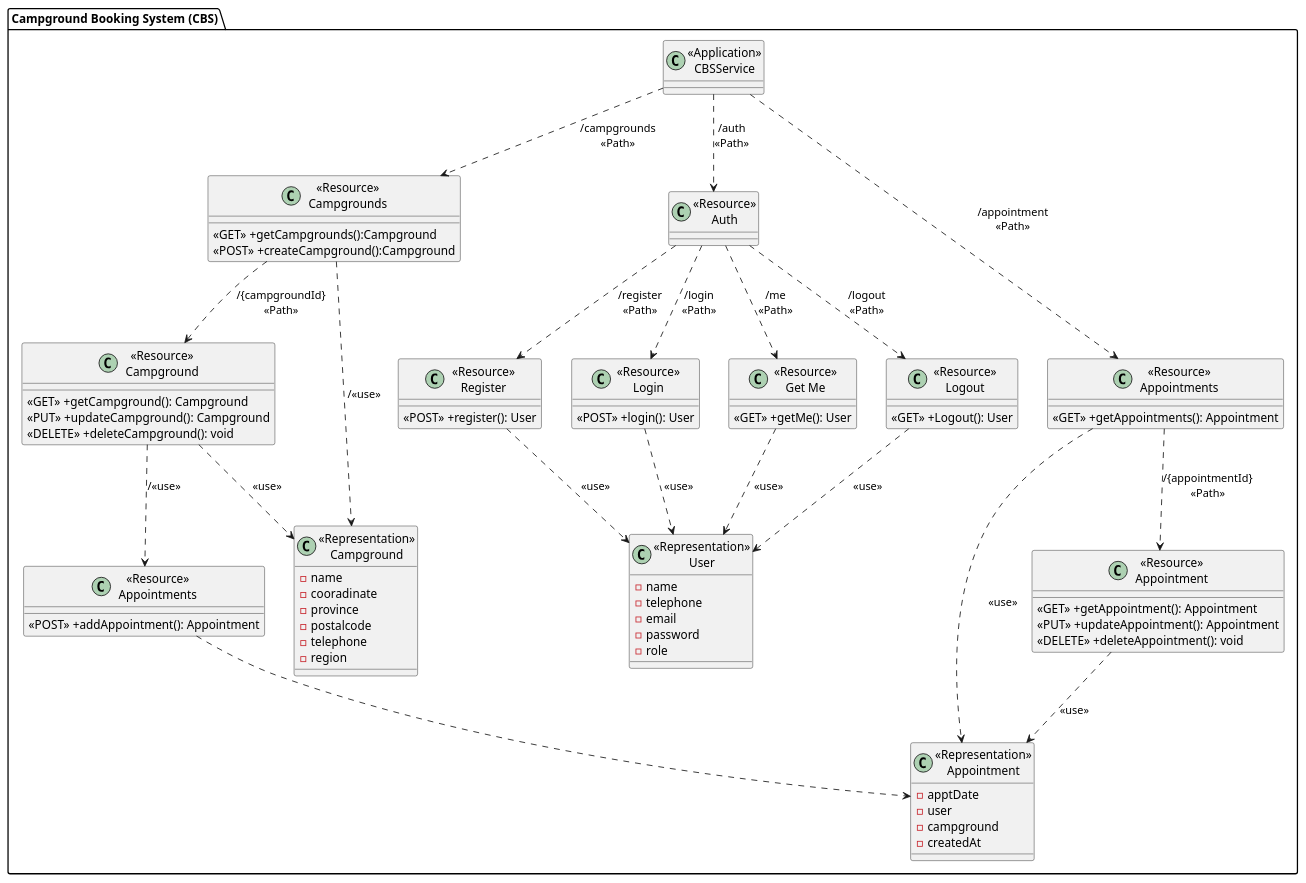
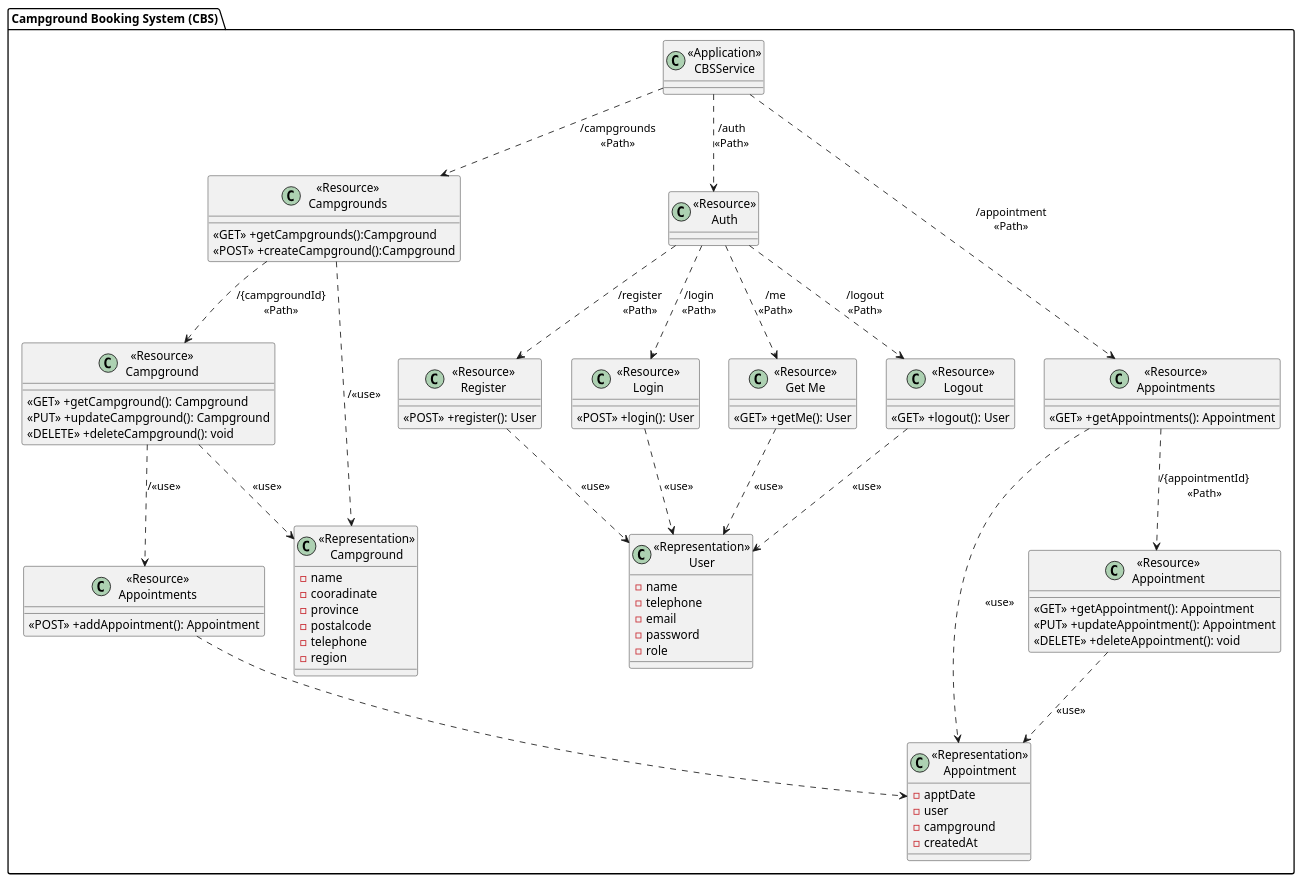
Before and after one commit to FaiiFaiipuipui/CEDT_Y1T2_backend-campgroundbooking: the diagram in diagram/Class diagram/CampgroundClass.puml, drawn with PlantUML. The commit also changed 1 other file, not shown here.

Commit message:
Modify class diagram

```diff
--- a/diagram/Class diagram/CampgroundClass.puml
+++ b/diagram/Class diagram/CampgroundClass.puml
@@ -1,98 +1,98 @@
 @startuml Campground Booking System (CBS)
 
 package "Campground Booking System (CBS)"{
     class "<<Application>>\nCBSService" as CBSService{}
 
     class "<<Resource>>\nCampgrounds" as ResourceCampgrounds{
         <<GET>> +getCampgrounds():Campground
         <<POST>> +createCampground():Campground
     }
 
     class "<<Resource>>\nCampground" as ResourceCampground {
         <<GET>> +getCampground(): Campground
         <<PUT>> +updateCampground(): Campground
         <<DELETE>> +deleteCampground(): void
     }
 
     class "<<Representation>>\nCampground" as RepresentationCampground {
         -name
         -cooradinate
         -province
         -postalcode
         -telephone
         -region
     }
 
     class "<<Resource>>\nAuth" as ResourceAuth{
         
     }
 
     class "<<Resource>>\nRegister" as RegisterService {
         <<POST>> +register(): User
     }
 
     class "<<Resource>>\nLogin" as LoginService {
         <<POST>> +login(): User
     }
 
     class "<<Resource>>\nGet Me" as GetMeService {
         <<GET>> +getMe(): User
     }
     class "<<Resource>>\nLogout" as LogoutService {
-        <<GET>> +Logout(): User
+        <<GET>> +logout(): User
     }
 
     class "<<Representation>>\nUser" as RepresentationUser {
         -name
         -telephone
         -email
         -password
         -role
     }
 
     class "<<Resource>>\nAppointments" as ResourceAppointments{
         <<GET>> +getAppointments(): Appointment
     }
 
     class "<<Resource>>\nAppointments" as AddResourceAppointments{
         <<POST>> +addAppointment(): Appointment
     }
 
     class "<<Resource>>\nAppointment" as ResourceAppointment{
         <<GET>> +getAppointment(): Appointment
         <<PUT>> +updateAppointment(): Appointment
         <<DELETE>> +deleteAppointment(): void
     }
 
     class "<<Representation>>\nAppointment" as RepresentationAppointment {
         -apptDate
         -user
         -campground
         -createdAt
     }
 }
 
 CBSService ..> ResourceCampgrounds:"/campgrounds\n<<Path>>"
 ResourceCampgrounds ..> ResourceCampground: "/{campgroundId}\n<<Path>>"
 ResourceCampgrounds ..> RepresentationCampground: "/<<use>>"
 ResourceCampground ..> AddResourceAppointments: "/<<use>>"
 ResourceCampground ..> RepresentationCampground: "<<use>>"
 
 CBSService ..> ResourceAppointments: "/appointment\n<<Path>>"
 ResourceAppointments ..> ResourceAppointment: "/{appointmentId}\n<<Path>>"
 ResourceAppointment ..> RepresentationAppointment: "<<use>>"
 ResourceAppointments ..> RepresentationAppointment: "<<use>>"
 AddResourceAppointments ..> RepresentationAppointment
 
 CBSService ..> ResourceAuth:"/auth\n<<Path>>"
 ResourceAuth ..> RegisterService: "/register\n<<Path>>"
 ResourceAuth ..> LoginService: "/login\n<<Path>>"
 ResourceAuth ..> GetMeService: "/me\n<<Path>>"
 ResourceAuth ..> LogoutService: "/logout\n<<Path>>"
 RegisterService ..> RepresentationUser: "<<use>>"
 LoginService ..> RepresentationUser: "<<use>>"
 GetMeService ..> RepresentationUser: "<<use>>"
 LogoutService ..> RepresentationUser: "<<use>>"
 
 
 @enduml
```
